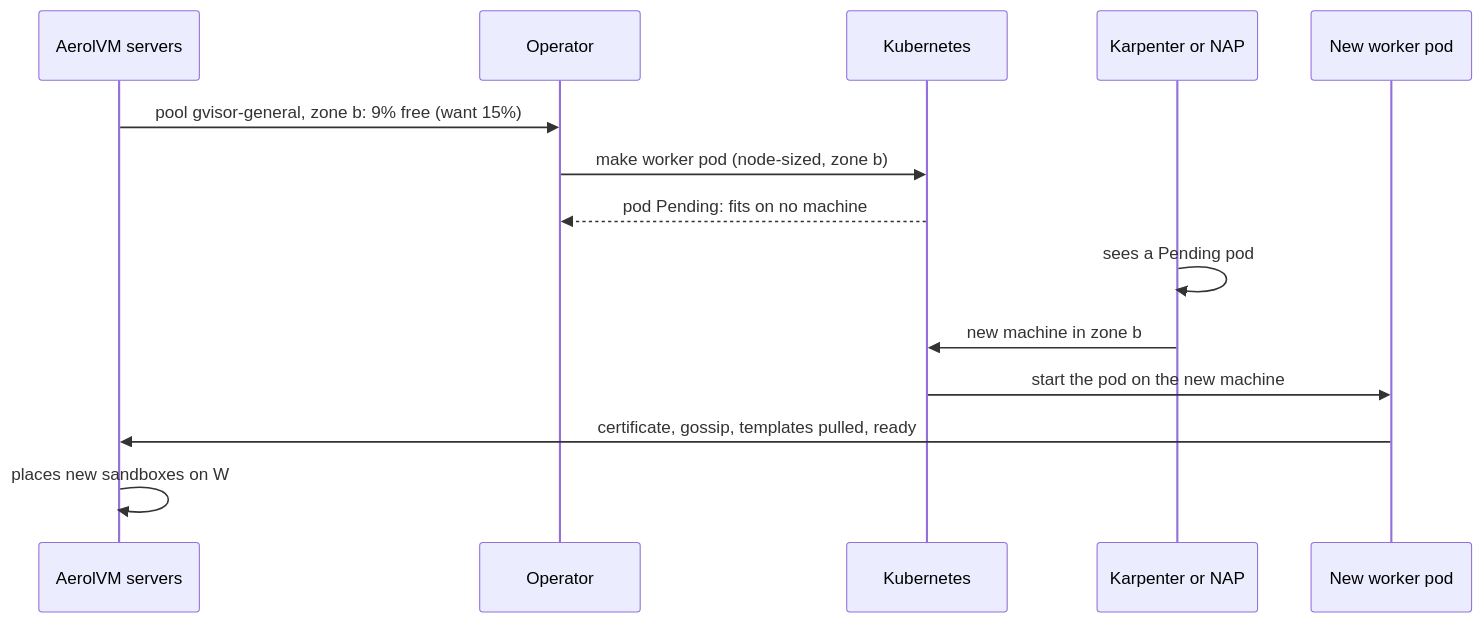
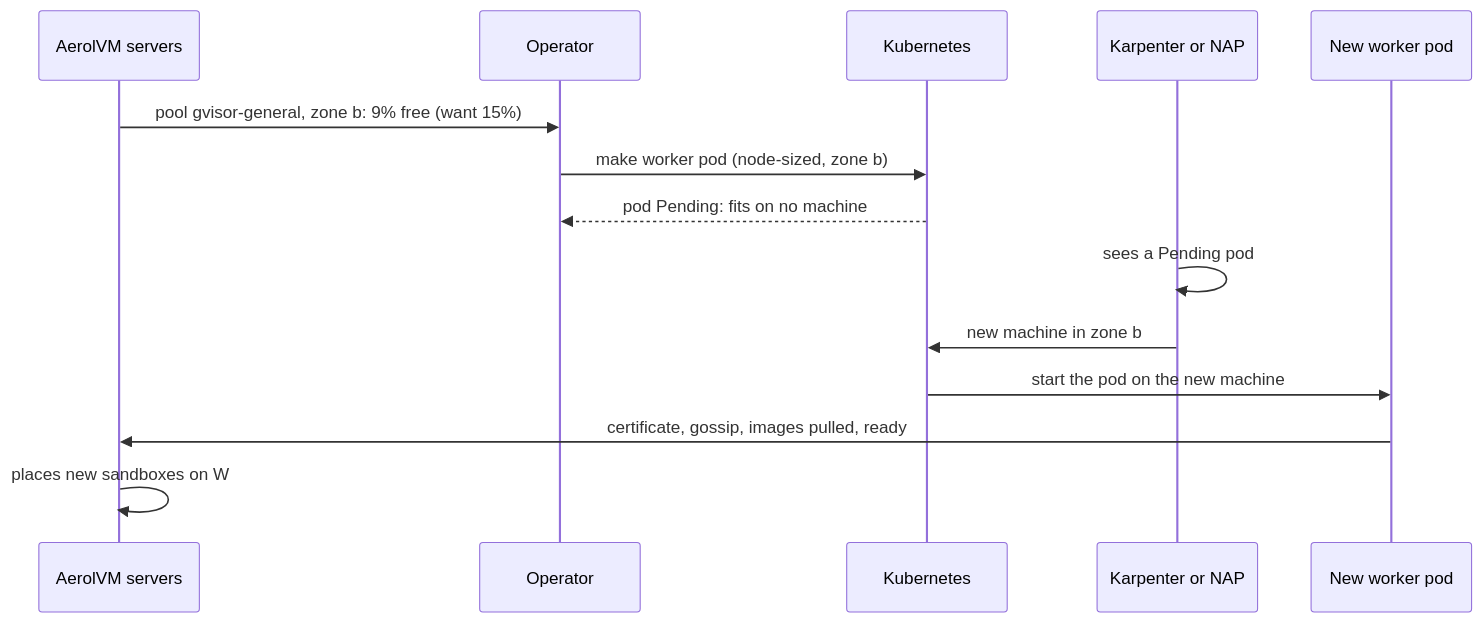
One commit to aerol-ai/microvm changed the seventh of 11 diagrams in plans/kubernetes-v2-architecture.md. Above: the diagram before and after it, drawn with Mermaid. The commit also changed other lines of this file and 2 other files, not shown here.

````diff
--- a/plans/kubernetes-v2-architecture.md
+++ b/plans/kubernetes-v2-architecture.md
@@ -797,17 +832,17 @@
 ```mermaid
 sequenceDiagram
     participant AV as AerolVM servers
     participant OP as Operator
     participant K as Kubernetes
     participant KP as Karpenter or NAP
     participant W as New worker pod
 
     AV->>OP: pool gvisor-general, zone b: 9% free (want 15%)
     OP->>K: make worker pod (node-sized, zone b)
     K-->>OP: pod Pending: fits on no machine
     KP->>KP: sees a Pending pod
     KP->>K: new machine in zone b
     K->>W: start the pod on the new machine
-    W->>AV: certificate, gossip, templates pulled, ready
+    W->>AV: certificate, gossip, images pulled, ready
     AV->>AV: places new sandboxes on W
 ```
````
